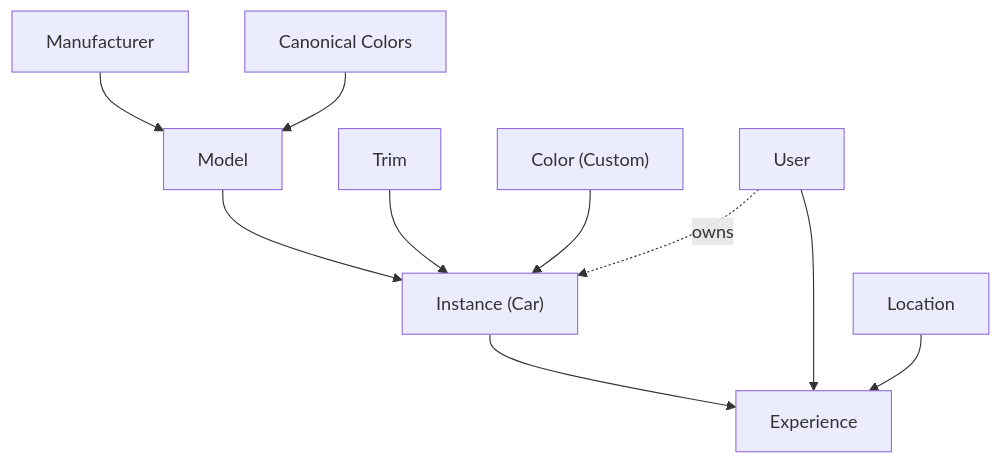
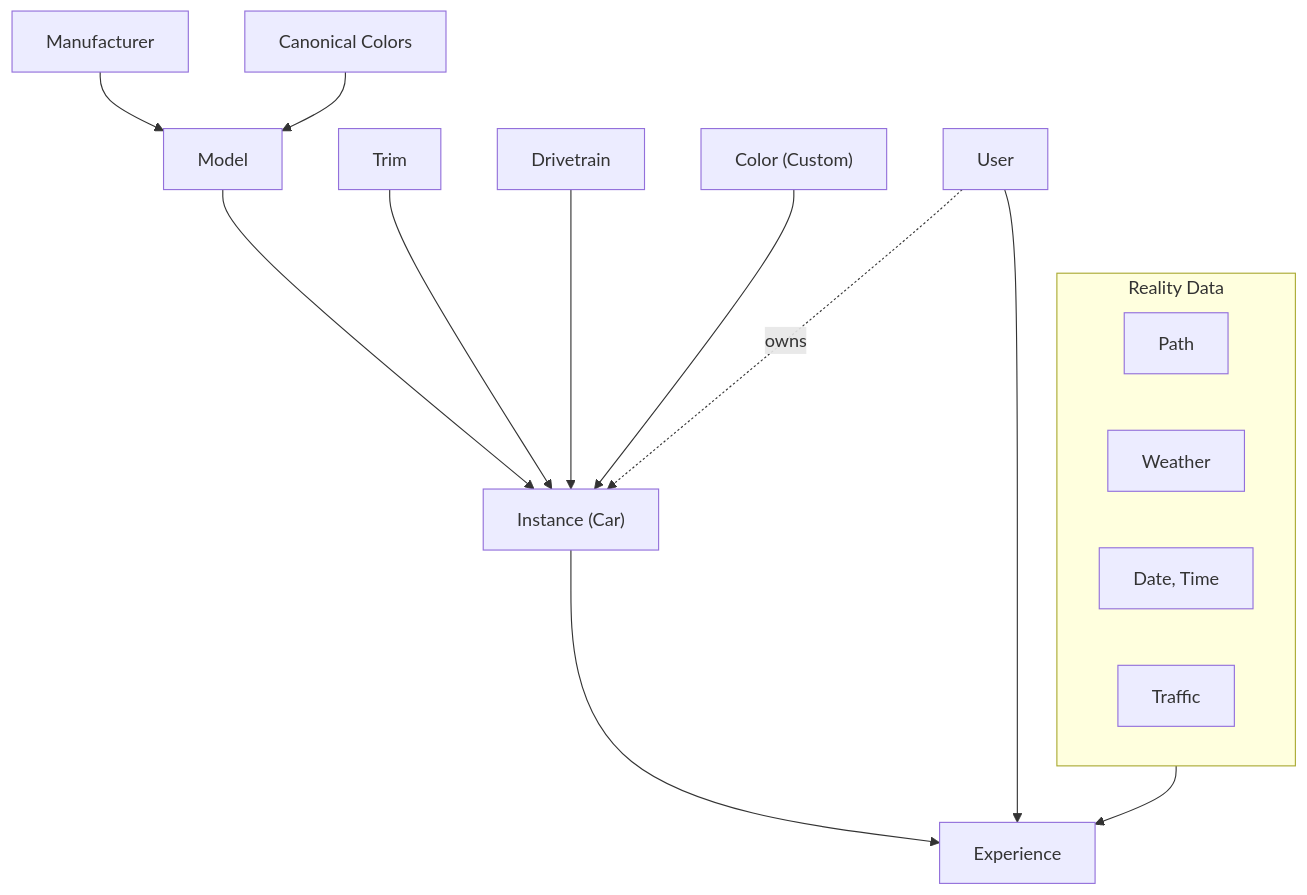
The diagram in docs/product.md (UUeird/dyno), drawn with Mermaid before and after one commit.

Commit message:
Add Drivetrain, Reality Data subgraph; remove Location
Drivetrain > Instance. Location replaced by a Reality Data group
(Path, Weather, Date/Time, Traffic) flowing into Experience.

````diff
--- a/docs/product.md
+++ b/docs/product.md
@@ -7,10 +7,18 @@
 ```mermaid
 flowchart TD
     Manufacturer --> Model --> Instance["Instance (Car)"] --> Experience
     Trim --> Instance
+    Drivetrain --> Instance
     User --> Experience
     CanonicalColors["Canonical Colors"] --> Model
     CustomColor["Color (Custom)"] --> Instance
-    Location --> Experience
     User -. owns .-> Instance
+
+    subgraph RealityData["Reality Data"]
+        Path
+        Weather
+        DateTime["Date, Time"]
+        Traffic
+    end
+    RealityData --> Experience
 ```
````
